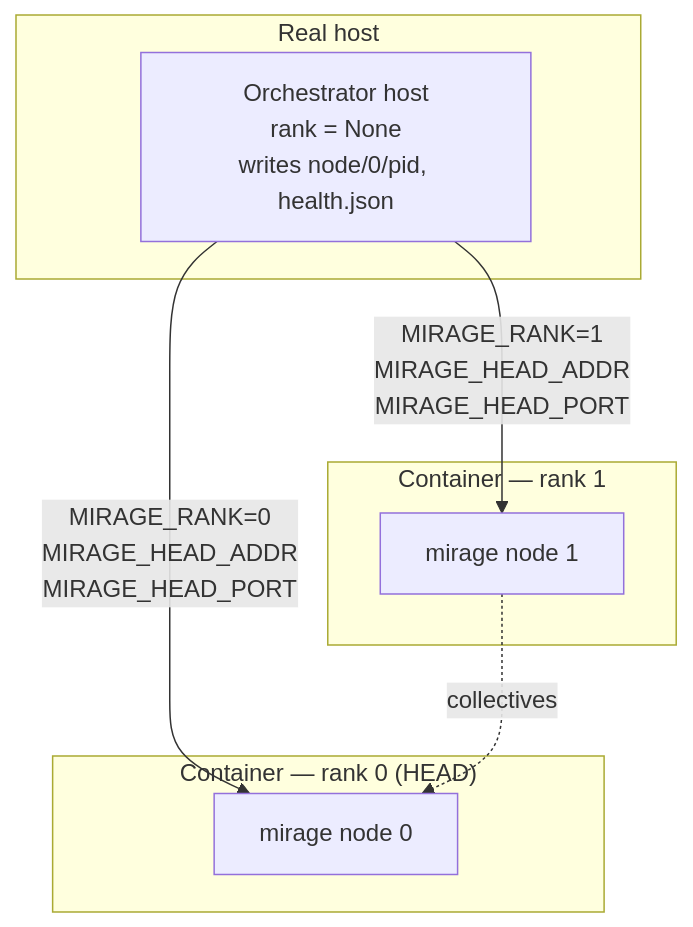
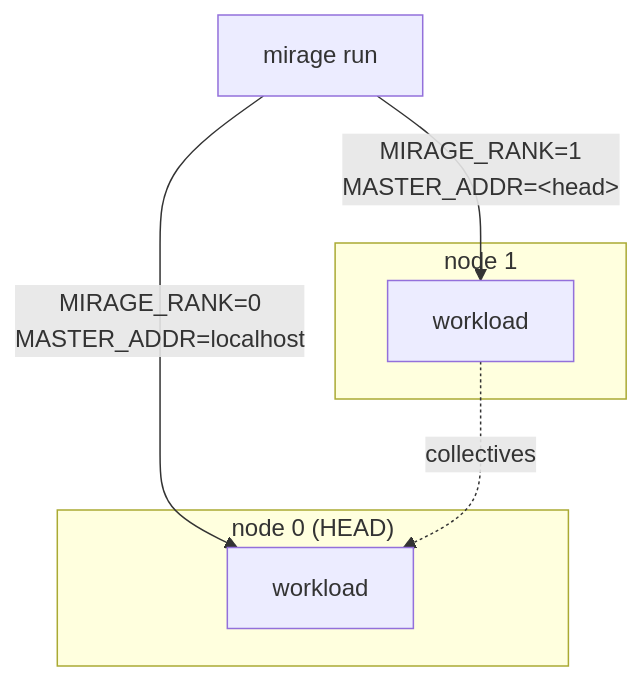
Before and after one commit to ROCm/rocm-systems: diagram 12 of 14 in emulation/mirage/docs/demo-debugging-at-scale.md, drawn with Mermaid. The commit also changed other lines of this file and 107 other files, not shown here.

````diff
--- a/emulation/mirage/docs/demo-debugging-at-scale.md
+++ b/emulation/mirage/docs/demo-debugging-at-scale.md
@@ -412,15 +413,13 @@
 ```mermaid
 flowchart TB
-    subgraph real["Real host"]
-      ORCH["Orchestrator host<br/>rank = None<br/>writes node/0/pid, health.json"]
+    RUN["mirage run"]
+    subgraph c0["node 0 (HEAD)"]
+      H0["workload"]
     end
-    subgraph c0["Container — rank 0 (HEAD)"]
-      H0["mirage node 0"]
+    subgraph c1["node 1"]
+      H1["workload"]
     end
-    subgraph c1["Container — rank 1"]
-      H1["mirage node 1"]
-    end
-    ORCH -->|"MIRAGE_RANK=0<br/>MIRAGE_HEAD_ADDR<br/>MIRAGE_HEAD_PORT"| H0
-    ORCH -->|"MIRAGE_RANK=1<br/>MIRAGE_HEAD_ADDR<br/>MIRAGE_HEAD_PORT"| H1
+    RUN -->|"MIRAGE_RANK=0<br/>MASTER_ADDR=localhost"| H0
+    RUN -->|"MIRAGE_RANK=1<br/>MASTER_ADDR=&lt;head&gt;"| H1
     H1 -.->|collectives| H0
 ```
````
